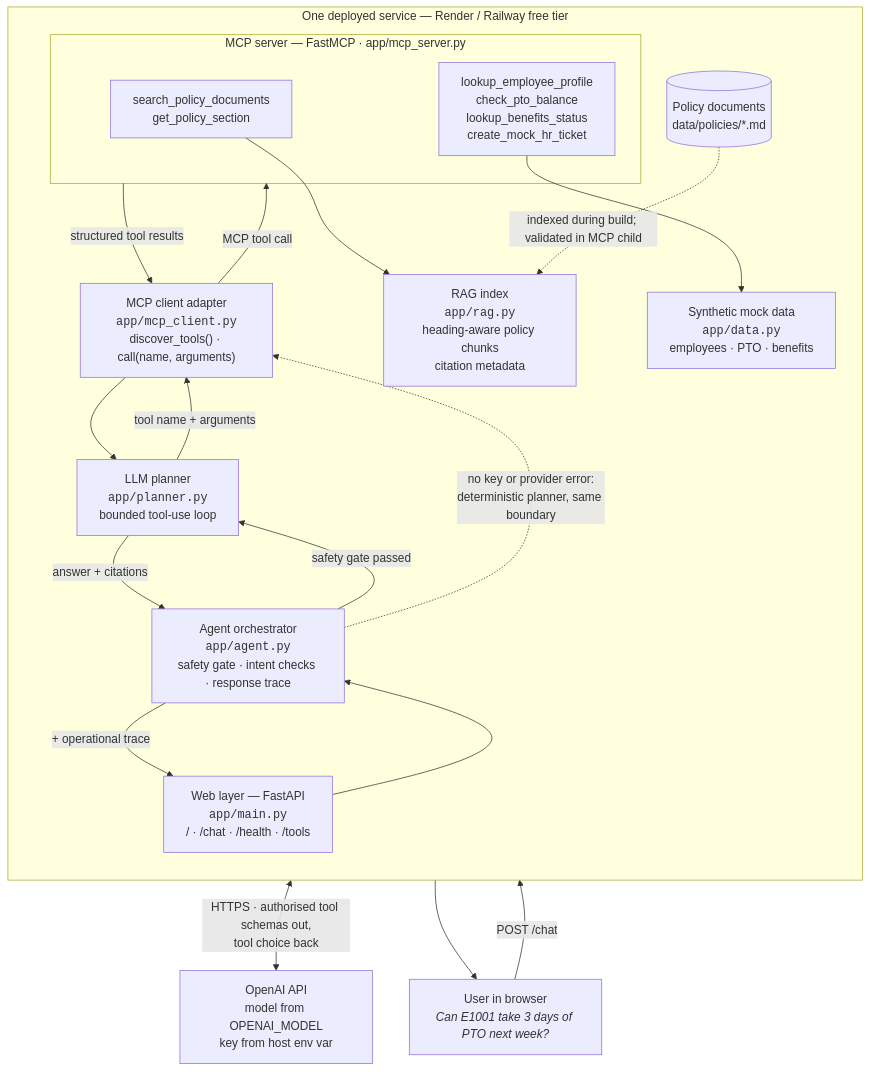
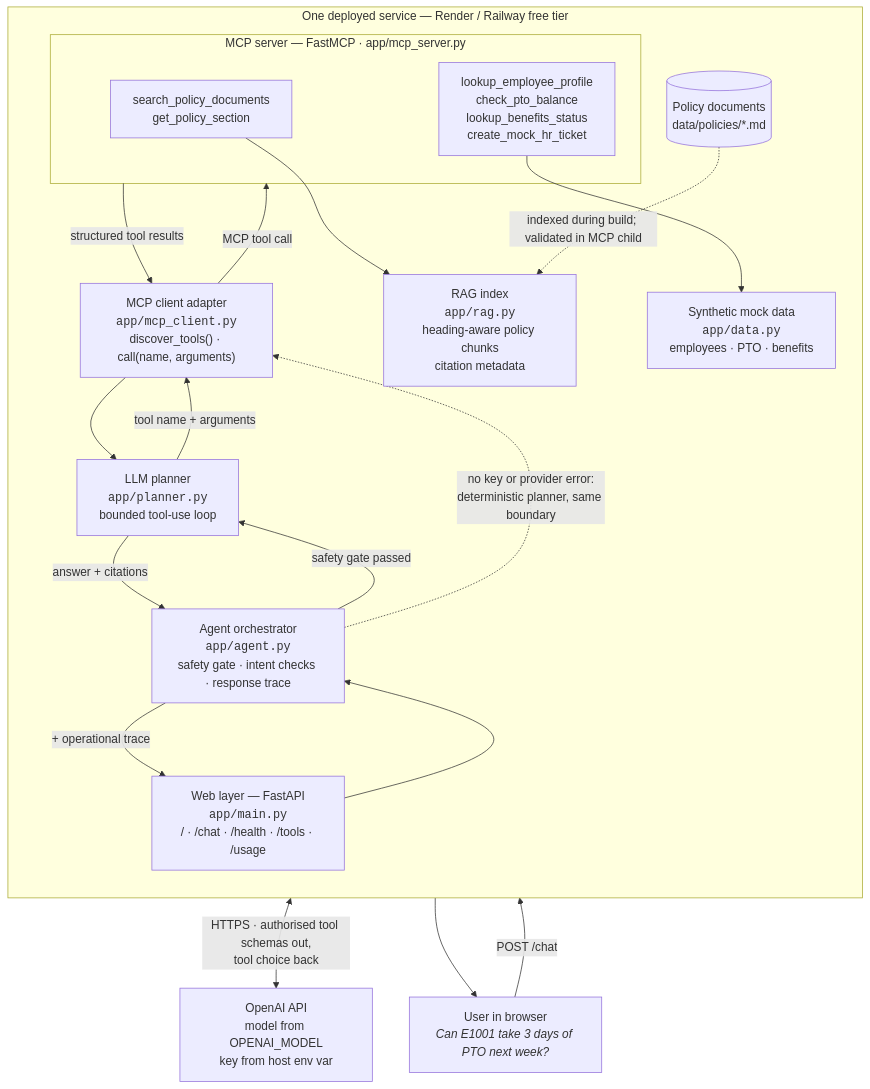
One commit to mehdihamid1/prj changed the first of 2 diagrams in design-and-evaluation.md. Above: the diagram before and after it, drawn with Mermaid. The commit also changed other lines of this file and 8 other files, not shown here.

````diff
--- a/design-and-evaluation.md
+++ b/design-and-evaluation.md
@@ -5,39 +5,39 @@
 ```mermaid
 flowchart TB
     user["User in browser<br/><i>Can E1001 take 3 days of PTO next week?</i>"]
 
     subgraph service["One deployed service — Render / Railway free tier"]
         direction TB
-        web["Web layer — FastAPI<br/><code>app/main.py</code><br/>/ · /chat · /health · /tools"]
+        web["Web layer — FastAPI<br/><code>app/main.py</code><br/>/ · /chat · /health · /tools · /usage"]
         agent["Agent orchestrator<br/><code>app/agent.py</code><br/>safety gate · intent checks · response trace"]
         plan["LLM planner<br/><code>app/planner.py</code><br/>bounded tool-use loop"]
         client["MCP client adapter<br/><code>app/mcp_client.py</code><br/>discover_tools() · call(name, arguments)"]
 
         subgraph mcp["MCP server — FastMCP · app/mcp_server.py"]
             policyTool["search_policy_documents<br/>get_policy_section"]
             dataTool["lookup_employee_profile<br/>check_pto_balance<br/>lookup_benefits_status<br/>create_mock_hr_ticket"]
         end
 
         rag["RAG index<br/><code>app/rag.py</code><br/>heading-aware policy chunks<br/>citation metadata"]
         records["Synthetic mock data<br/><code>app/data.py</code><br/>employees · PTO · benefits"]
         corpus[("Policy documents<br/>data/policies/*.md")]
     end
 
     llm["OpenAI API<br/>model from OPENAI_MODEL<br/>key from host env var"]
 
     user -->|"POST /chat"| web
     web --> agent
     agent -->|"safety gate passed"| plan
     plan <-->|"HTTPS · authorised tool schemas out,<br/>tool choice back"| llm
     plan -->|"tool name + arguments"| client
     agent -. "no key or provider error:<br/>deterministic planner, same boundary" .-> client
     client -->|"MCP tool call"| mcp
     policyTool --> rag
     dataTool --> records
     corpus -. "indexed during build; validated in MCP child" .-> rag
     mcp -->|"structured tool results"| client
     client --> plan
     plan -->|"answer + citations"| agent
     agent -->|"+ operational trace"| web
     web --> user
 ```
````
